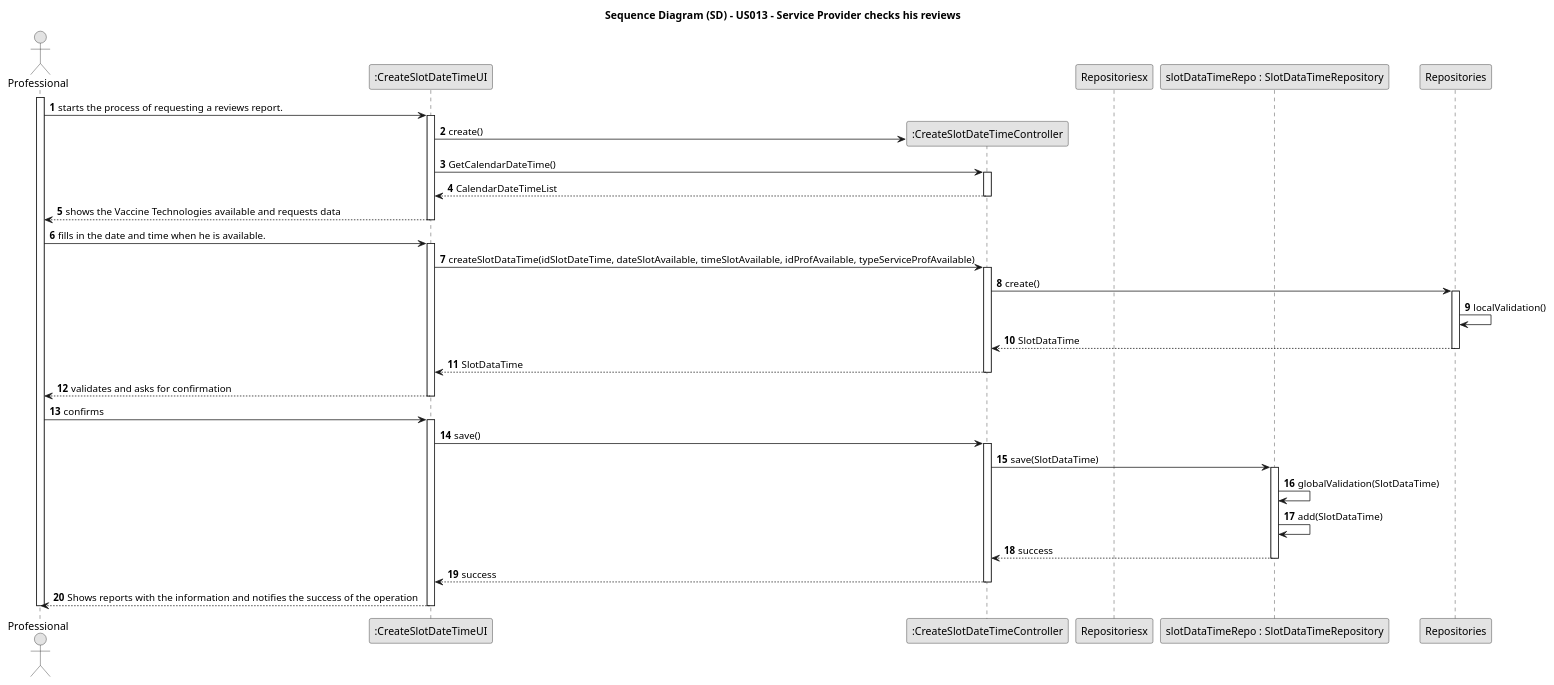
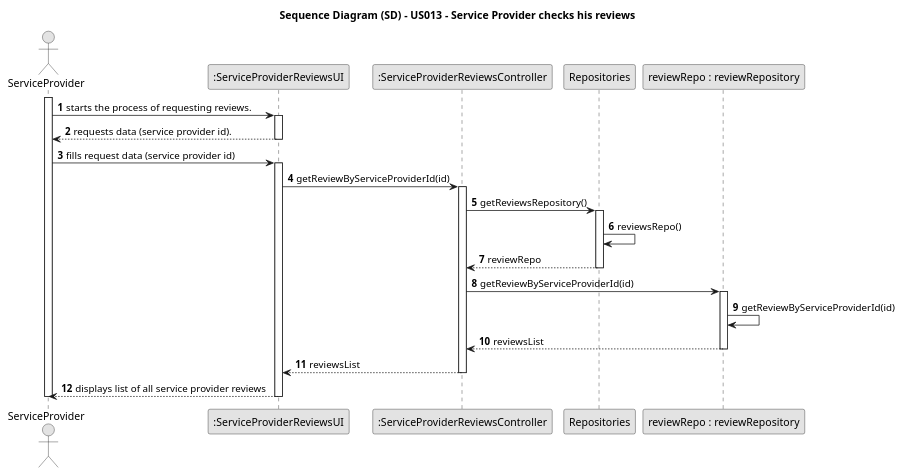
The diagram in javaSprint2GladlyGiven/Docs/UseCases/uc013/design/us013-SD.puml (Chirano/GladlyGiven), drawn with PlantUML before and after one commit. The commit also changed 10 other files, not shown here.

```diff
--- a/javaSprint2GladlyGiven/Docs/UseCases/uc013/design/us013-SD.puml
+++ b/javaSprint2GladlyGiven/Docs/UseCases/uc013/design/us013-SD.puml
@@ -2,59 +2,42 @@
 @startuml
 skinparam monochrome true
 skinparam packageStyle rectangle
 skinparam shadowing false
 
 title Sequence Diagram (SD) - US013 - Service Provider checks his reviews
 
 autonumber
 
-actor Professional
-participant ":CreateSlotDateTimeUI" as ui
-participant ":CreateSlotDateTimeController" as ctrl
-participant Repositoriesx
-participant "slotDataTimeRepo : SlotDataTimeRepository" as SlotDataTimeRepo
+actor ServiceProvider
+participant ":ServiceProviderReviewsUI" as ui
+participant ":ServiceProviderReviewsController" as ctrl
+participant Repositories
+participant "reviewRepo : reviewRepository" as reviewRepo
 
 
-activate Professional
-
-    Professional -> ui : starts the process of requesting a reviews report.
+activate ServiceProvider
+    ServiceProvider -> ui : starts the process of requesting reviews.
     activate ui
-        ui -> ctrl** : create()
-        ui -> ctrl : GetCalendarDateTime()
+        ui --> ServiceProvider : requests data (service provider id).
+    deactivate ui
+    ServiceProvider -> ui : fills request data (service provider id)
+    activate ui
+        ui -> ctrl : getReviewByServiceProviderId(id)
         activate ctrl
-                        ctrl --> ui : CalendarDateTimeList
+            ctrl -> Repositories : getReviewsRepository()
+                activate Repositories
+                    Repositories -> Repositories : reviewsRepo()
+                    Repositories --> ctrl : reviewRepo
+                deactivate Repositories
+            ctrl -> reviewRepo : getReviewByServiceProviderId(id)
+                activate reviewRepo
+                reviewRepo -> reviewRepo : getReviewByServiceProviderId(id)
+                reviewRepo --> ctrl : reviewsList
+                deactivate reviewRepo
+            ctrl --> ui : reviewsList
             deactivate ctrl
-            ui --> Professional : shows the Vaccine Technologies available and requests data
+        ui --> ServiceProvider : displays list of all service provider reviews
     deactivate ui
-
-    Professional -> ui : fills in the date and time when he is available.
-    activate ui
-        ui -> ctrl : createSlotDataTime(idSlotDateTime, dateSlotAvailable, timeSlotAvailable, idProfAvailable, typeServiceProfAvailable)
-        activate ctrl
-            ctrl -> Repositories : create()
-            activate Repositories
-                Repositories -> Repositories : localValidation()
-                Repositories --> ctrl : SlotDataTime
-            deactivate Repositories
-            ctrl --> ui : SlotDataTime
-        deactivate ctrl
-        ui --> Professional : validates and asks for confirmation
-    deactivate ui
-
-    Professional -> ui : confirms
-    activate ui
-        ui -> ctrl : save()
-        activate ctrl
-            ctrl -> SlotDataTimeRepo : save(SlotDataTime)
-            activate SlotDataTimeRepo
-                SlotDataTimeRepo -> SlotDataTimeRepo : globalValidation(SlotDataTime)
-                SlotDataTimeRepo -> SlotDataTimeRepo : add(SlotDataTime)
-                SlotDataTimeRepo --> ctrl : success
-            deactivate SlotDataTimeRepo
-            ctrl --> ui : success
-        deactivate ctrl
-        ui --> Professional : Shows reports with the information and notifies the success of the operation
-    deactivate ui
-deactivate Professional
+deactivate ServiceProvider
 
 @enduml
```
